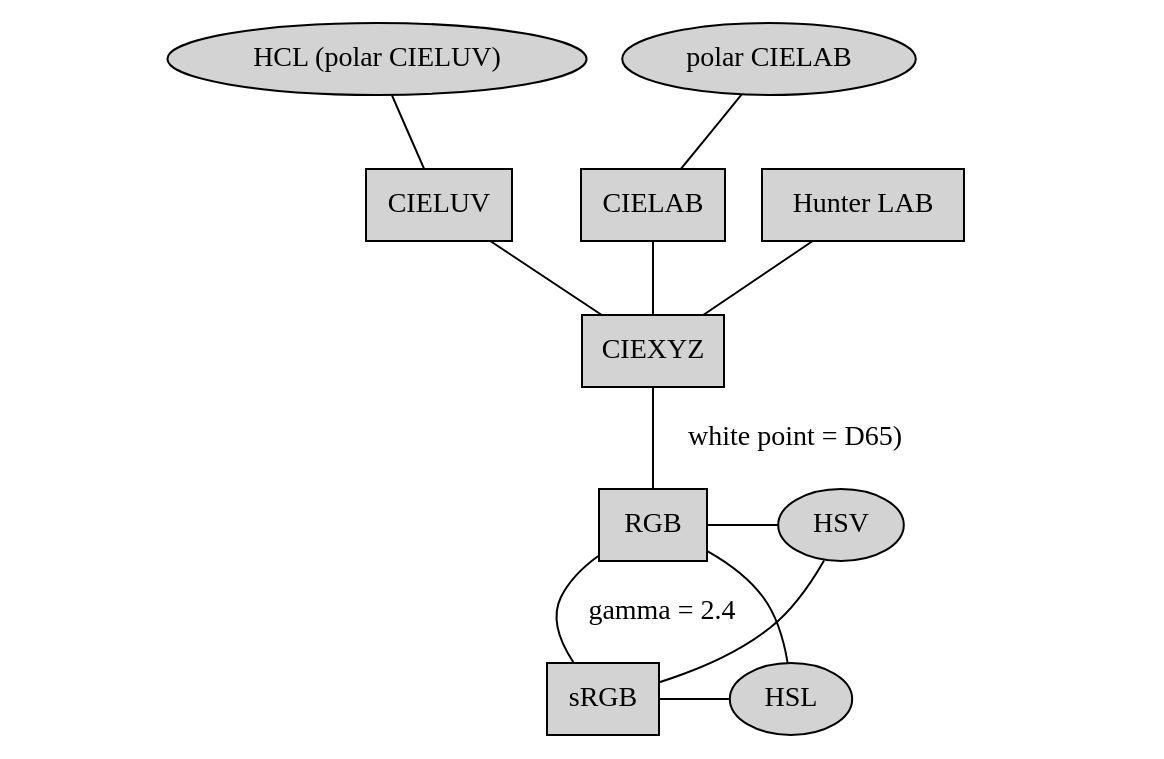
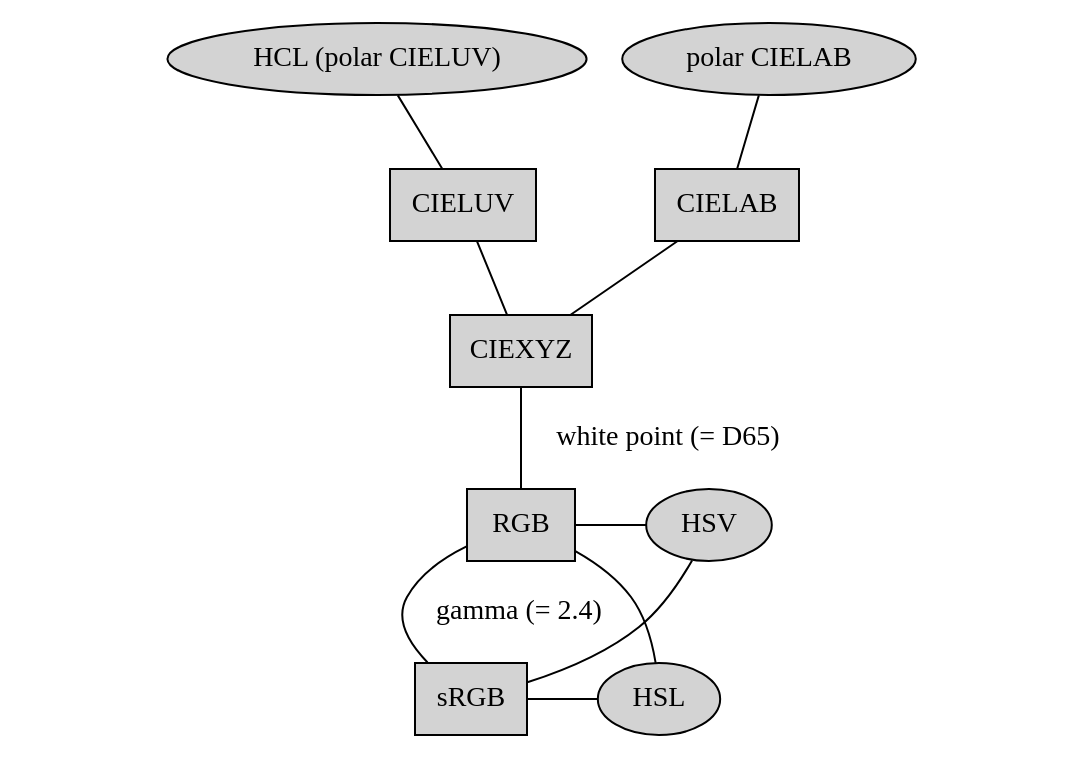
Before and after one commit to rforge/colorspace: the diagram in pkg/colorspace/paper/Colorspace/colorspace.dot, drawn with Graphviz.

Commit message:
exclude HunterLAB

```diff
--- a/pkg/colorspace/paper/Colorspace/colorspace.dot
+++ b/pkg/colorspace/paper/Colorspace/colorspace.dot
@@ -1,56 +1,54 @@
 graph colorspace {
 
 { rank = min
     L1 [label="" color=white]
     polarLUV [label = "HCL (polar CIELUV)" shape=ellipse style=filled]
     polarLAB [label = "polar CIELAB" shape=ellipse style=filled]
     R1 [label="" color=white]
 }
 
 { rank = same
     L2 [label="" color=white]
     LUV [label = "CIELUV" shape=box style=filled]
     LAB [label = "CIELAB" shape=box style=filled]
-    HunterLAB [label = "Hunter LAB" shape=box style=filled]
     R2 [label="" color=white]
 }
 
 { rank = same
     L3 [label="" color=white]
     XYZ [label = "CIEXYZ" shape=box style=filled]
     R3 [label="" color=white]
 }
 
 { rank = same
     L4 [label="" color=white]
     RGB [label = "RGB" shape=box style=filled]
     HSV [label = "HSV" shape=ellipse style=filled]
     R4 [label="" color=white]
 }
 
 { rank = max
     L5 [label="" color=white]
     sRGB [label = "sRGB" shape=box style=filled]
     HSL [label = "HSL" shape=ellipse style=filled]
     R5 [label="" color=white]
 }
 
 LUV -- polarLUV
 LAB -- polarLAB
 XYZ -- LUV
 XYZ -- LAB
-XYZ -- HunterLAB
 
-XYZ -- RGB [label=" white point = D65)"]
+XYZ -- RGB [label=" white point (= D65)"]
 
 RGB -- HSV
 RGB -- HSL
 
-sRGB -- RGB [label=" gamma = 2.4"]
+sRGB -- RGB [label=" gamma (= 2.4)"]
 
 sRGB -- HSV
 sRGB -- HSL
 
 L1 -- L2 -- L3 -- L4 -- L5 [color=white]
 R1 -- R2 -- R3 -- R4 -- R5 [color=white]
 }
```
